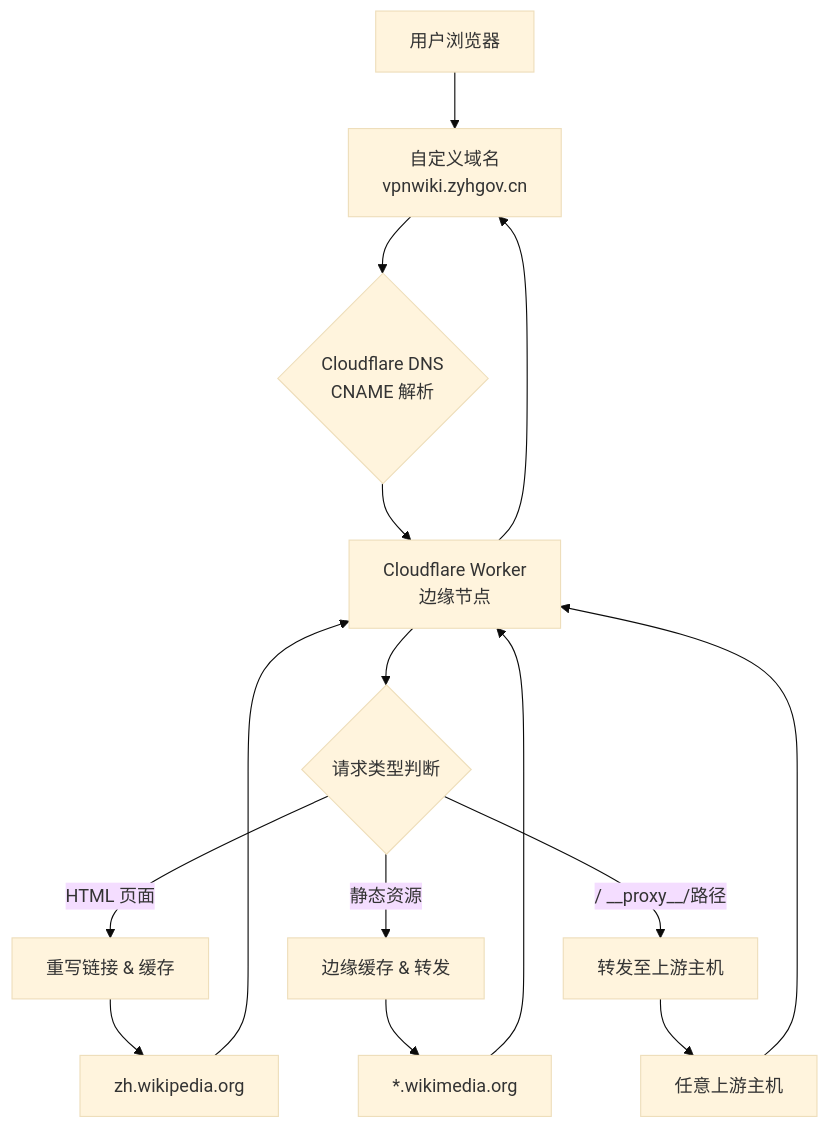
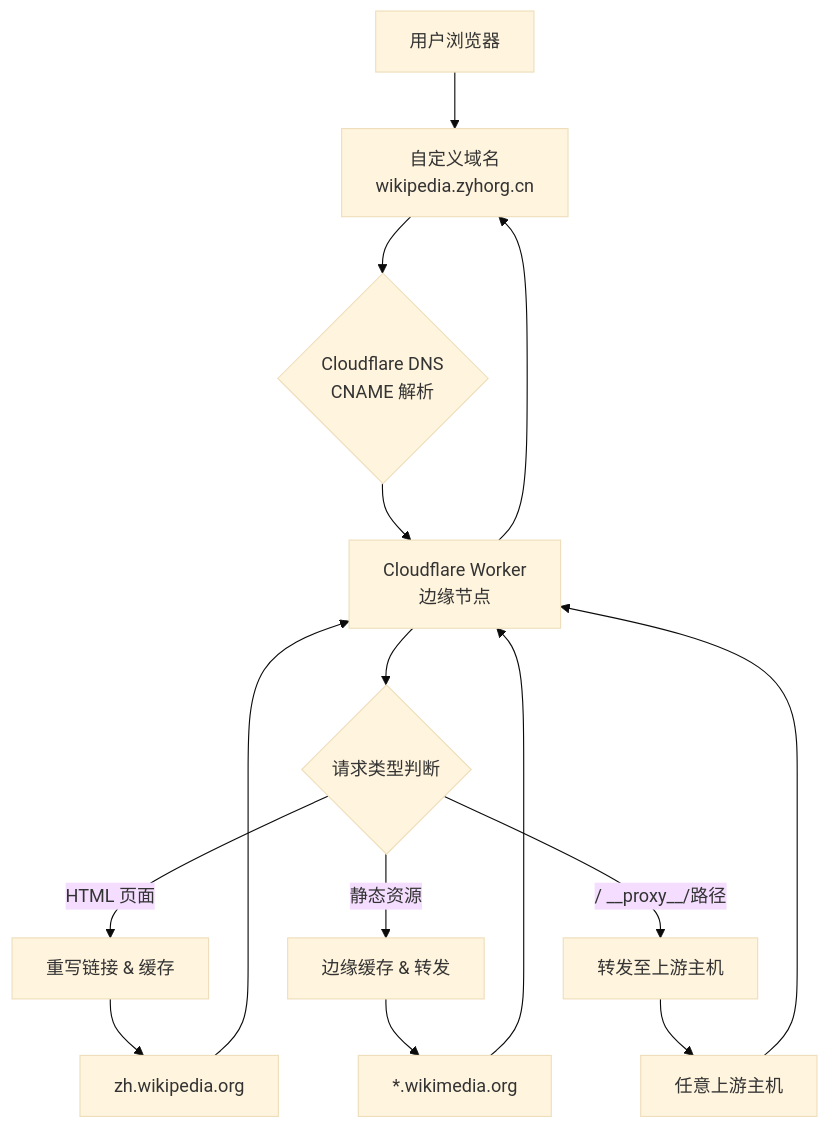
The diagram in docs/cloudflare/A-high-performance-reverse-proxy-system-for-Chinese-Wikipedia-based-on-Cloudflare-Workers.md (zyhgov/UNHub-DOCS), drawn with Mermaid (base theme) before and after one commit. The commit also changed other lines of this file and 6 other files, not shown here.

````diff
--- a/docs/cloudflare/A-high-performance-reverse-proxy-system-for-Chinese-Wikipedia-based-on-Cloudflare-Workers.md
+++ b/docs/cloudflare/A-high-performance-reverse-proxy-system-for-Chinese-Wikipedia-based-on-Cloudflare-Workers.md
@@ -39,17 +45,17 @@
 ```mermaid
 graph TD
-    A[用户浏览器] --> B[自定义域名<br>vpnwiki.zyhgov.cn]
+    A[用户浏览器] --> B[自定义域名<br>wikipedia.zyhorg.cn]
     B --> C{Cloudflare DNS<br>CNAME 解析}
     C --> D[Cloudflare Worker<br>边缘节点]
     D --> E{请求类型判断}
     E -->|HTML 页面| F[重写链接 & 缓存]
     E -->|静态资源| G[边缘缓存 & 转发]
     E -->|/ __proxy__/路径| H[转发至上游主机]
     F --> I[zh.wikipedia.org]
     G --> J[*.wikimedia.org]
     H --> K[任意上游主机]
     I --> D
     J --> D
     K --> D
     D --> B
 ```
````
